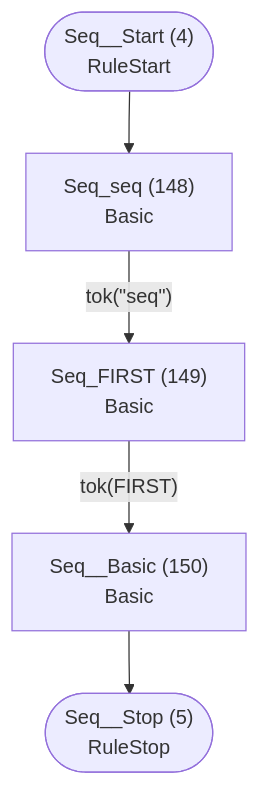
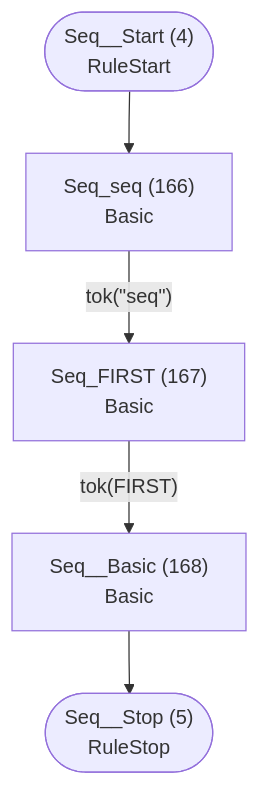
Before and after one commit to TypeFox/fastbelt: the third of 46 diagrams in internal/languages/completion/atn.md, drawn with Mermaid. The commit also changed other lines of this file and 41 other files, not shown here.

````diff
--- a/internal/languages/completion/atn.md
+++ b/internal/languages/completion/atn.md
@@ -184,13 +204,13 @@
 ```mermaid
 flowchart TD
     q4(["Seq__Start (4)<br/>RuleStart"])
     q5(["Seq__Stop (5)<br/>RuleStop"])
-    q148["Seq_seq (148)<br/>Basic<br/>"]
-    q149["Seq_FIRST (149)<br/>Basic<br/>"]
-    q150["Seq__Basic (150)<br/>Basic<br/>"]
+    q166["Seq_seq (166)<br/>Basic<br/>"]
+    q167["Seq_FIRST (167)<br/>Basic<br/>"]
+    q168["Seq__Basic (168)<br/>Basic<br/>"]
 
-    q4 --> q148
-    q148 -->|"tok(&quot;seq&quot;)"| q149
-    q149 -->|"tok(FIRST)"| q150
-    q150 --> q5
+    q4 --> q166
+    q166 -->|"tok(&quot;seq&quot;)"| q167
+    q167 -->|"tok(FIRST)"| q168
+    q168 --> q5
 ```
````
